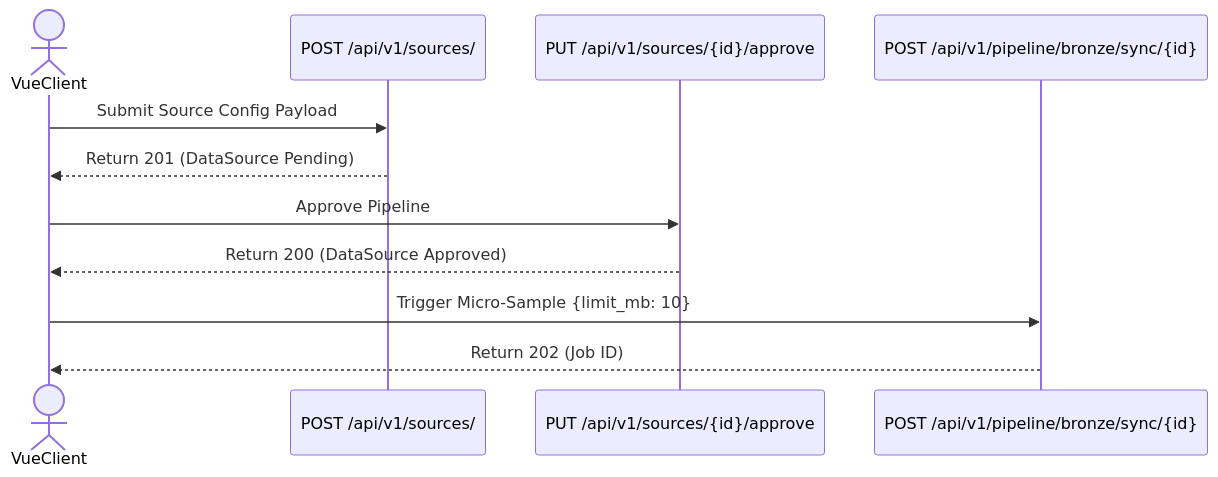
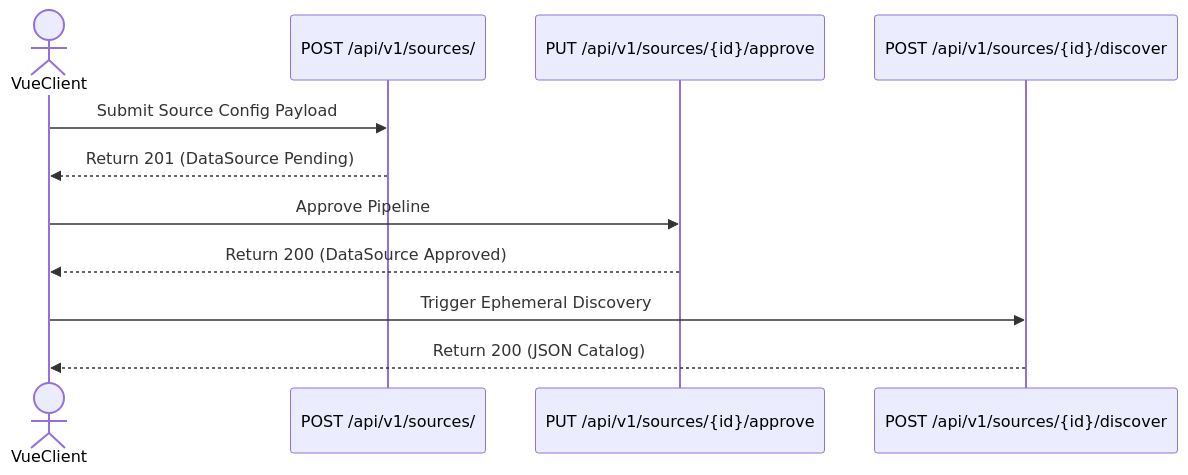
Before and after one commit to mnaatjes/elite-etl: the first of 2 diagrams in docs/explanation/user-flows/register-source.md, drawn with Mermaid. The commit also changed other lines of this file, not shown here.

````diff
--- a/docs/explanation/user-flows/register-source.md
+++ b/docs/explanation/user-flows/register-source.md
@@ -18,16 +18,16 @@
 ```mermaid
 sequenceDiagram
     actor VueClient
     participant Source as POST /api/v1/sources/
     participant Approve as PUT /api/v1/sources/{id}/approve
-    participant Sync as POST /api/v1/pipeline/bronze/sync/{id}
+    participant Discover as POST /api/v1/sources/{id}/discover
     
     VueClient->>Source: Submit Source Config Payload
     Source-->>VueClient: Return 201 (DataSource Pending)
     
     VueClient->>Approve: Approve Pipeline
     Approve-->>VueClient: Return 200 (DataSource Approved)
     
-    VueClient->>Sync: Trigger Micro-Sample {limit_mb: 10}
-    Sync-->>VueClient: Return 202 (Job ID)
+    VueClient->>Discover: Trigger Ephemeral Discovery
+    Discover-->>VueClient: Return 200 (JSON Catalog)
 ```
````
